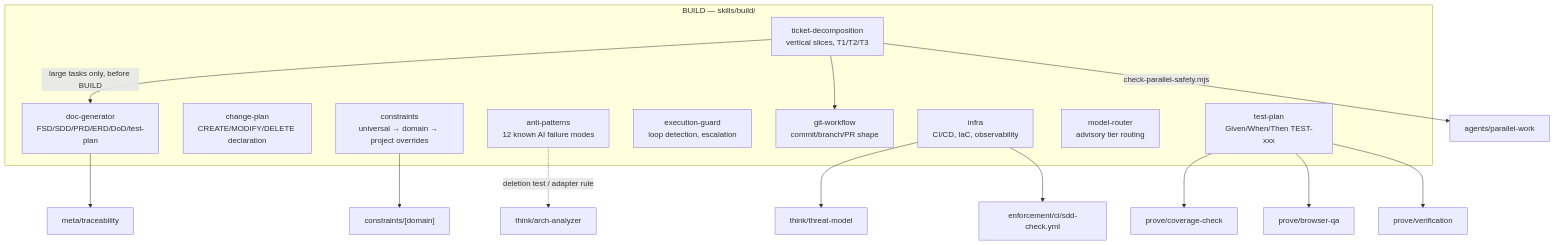
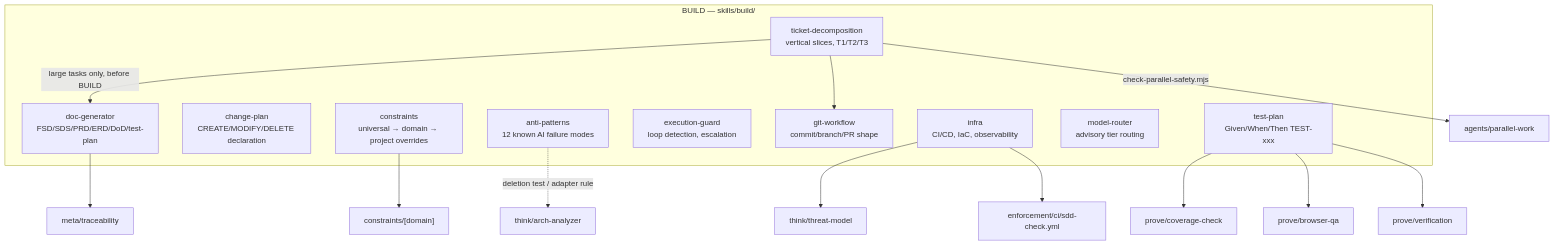
Before and after one commit to fprtm/sdd-pipeline: the fourth of 14 diagrams in docs/ARCHITECTURE.md, drawn with Mermaid. The commit also changed other lines of this file and 25 other files, not shown here.

````diff
--- a/docs/ARCHITECTURE.md
+++ b/docs/ARCHITECTURE.md
@@ -133,27 +133,27 @@
 ```mermaid
 flowchart TD
     subgraph BUILD["BUILD — skills/build/"]
         CONS["constraints\nuniversal → domain → project overrides"]
         CHG["change-plan\nCREATE/MODIFY/DELETE declaration"]
-        DOCGEN["doc-generator\nFSD/SDD/PRD/ERD/DoD/test-plan"]
+        DOCGEN["doc-generator\nFSD/SDS/PRD/ERD/DoD/test-plan"]
         ANTI["anti-patterns\n12 known AI failure modes"]
         EXEC["execution-guard\nloop detection, escalation"]
         GIT["git-workflow\ncommit/branch/PR shape"]
         INFRA["infra\nCI/CD, IaC, observability"]
         ROUTER["model-router\nadvisory tier routing"]
         TESTPLAN["test-plan\nGiven/When/Then TEST-xxx"]
         TICKETS["ticket-decomposition\nvertical slices, T1/T2/T3"]
     end
 
     TICKETS -->|"large tasks only, before BUILD"| DOCGEN
     TICKETS --> GIT
     TICKETS -->|"check-parallel-safety.mjs"| PW["agents/parallel-work"]
     TESTPLAN --> COVCHK["prove/coverage-check"]
     TESTPLAN --> BQA["prove/browser-qa"]
     TESTPLAN --> VERIFY["prove/verification"]
     ANTI -.deletion test / adapter rule.-> ARCH["think/arch-analyzer"]
     CONS --> DOMC["constraints/[domain]"]
     DOCGEN --> TRACE["meta/traceability"]
     INFRA --> THREAT["think/threat-model"]
     INFRA --> CI["enforcement/ci/sdd-check.yml"]
 ```
````
